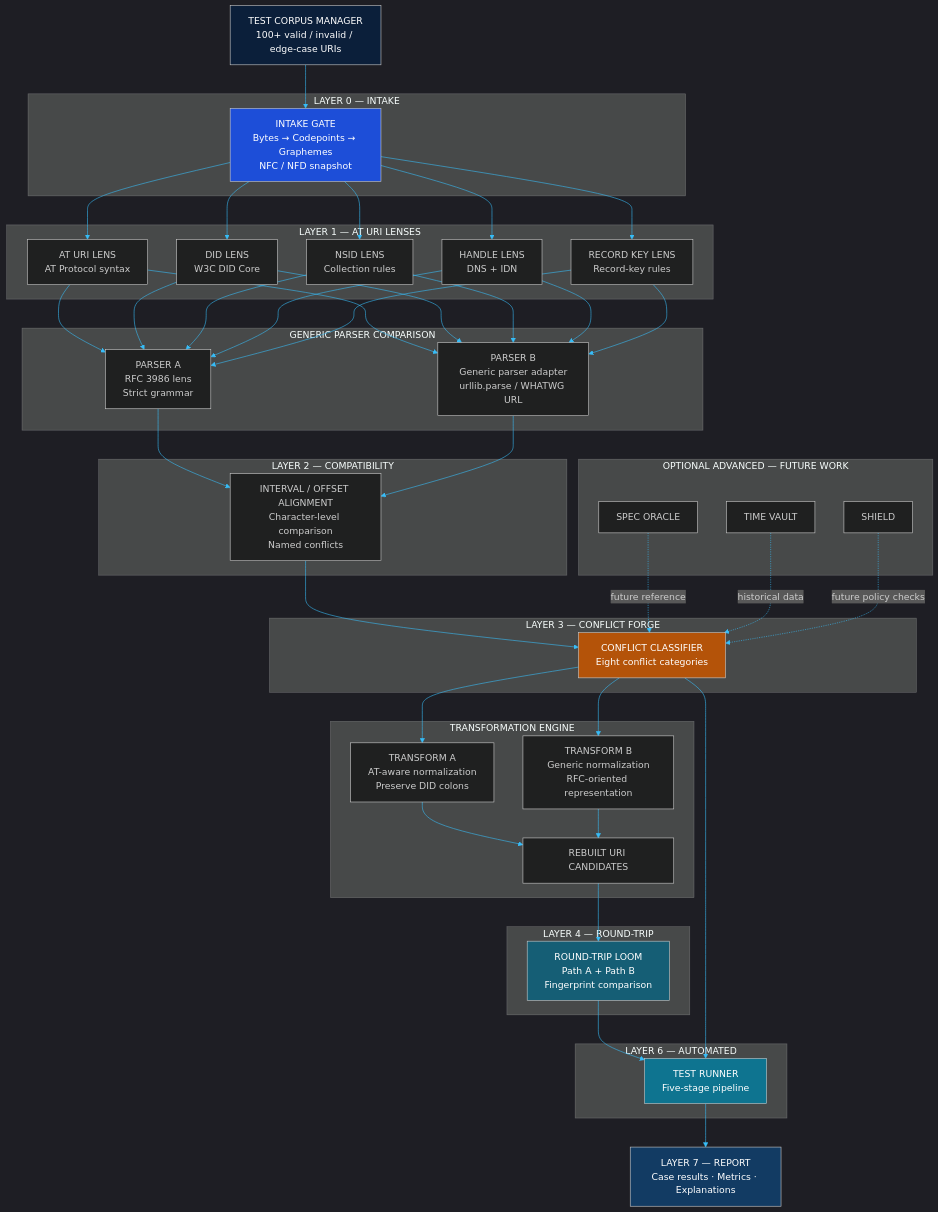
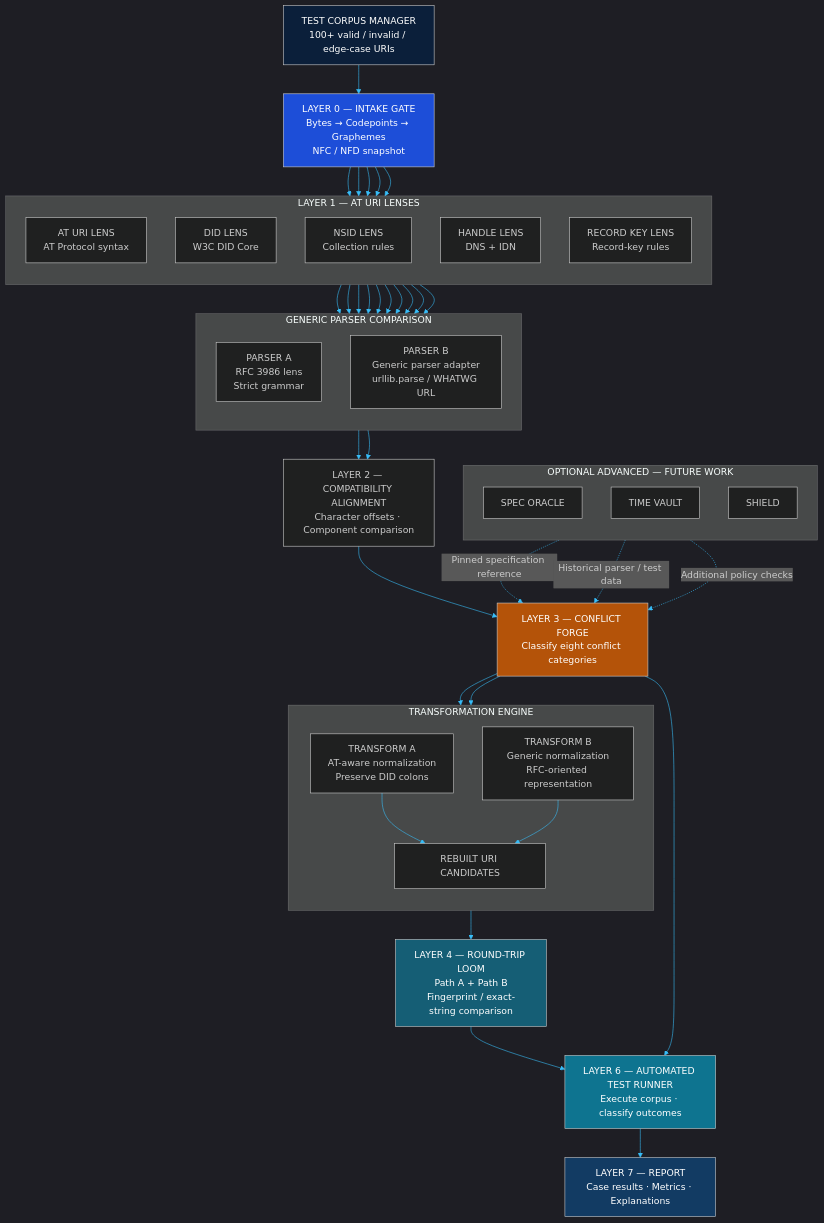
The third of 15 diagrams in README.md (aiori-hackathon/A3-PS026-TC073), drawn with Mermaid before and after one commit. The commit also changed other lines of this file, not shown here.

````diff
--- a/README.md
+++ b/README.md
@@ -429,88 +429,74 @@
 %%{init: {'theme':'dark','themeVariables': {'darkMode': true,'background':'#07111F','primaryColor':'#102A43','primaryTextColor':'#E6F6FF','primaryBorderColor':'#22D3EE','lineColor':'#38BDF8','secondaryColor':'#0B2238','tertiaryColor':'#123B63','fontFamily':'ui-monospace, SFMono-Regular, Consolas, monospace'}}}%%
 flowchart TB
     IN["TEST CORPUS MANAGER<br/>100+ valid / invalid / edge-case URIs"]
-
-    subgraph L0["LAYER 0 — INTAKE"]
-      GATE["INTAKE GATE<br/>Bytes → Codepoints → Graphemes<br/>NFC / NFD snapshot"]
-    end
+    GATE["LAYER 0 — INTAKE GATE<br/>Bytes → Codepoints → Graphemes<br/>NFC / NFD snapshot"]
+    IN --> GATE
 
     subgraph L1["LAYER 1 — AT URI LENSES"]
+      direction TB
       URI["AT URI LENS<br/>AT Protocol syntax"]
       DID["DID LENS<br/>W3C DID Core"]
       NSID["NSID LENS<br/>Collection rules"]
       HANDLE["HANDLE LENS<br/>DNS + IDN"]
       RKEY["RECORD KEY LENS<br/>Record-key rules"]
     end
+    GATE --> URI
+    GATE --> DID
+    GATE --> NSID
+    GATE --> HANDLE
+    GATE --> RKEY
 
     subgraph GP["GENERIC PARSER COMPARISON"]
+      direction TB
       PA["PARSER A<br/>RFC 3986 lens<br/>Strict grammar"]
       PB["PARSER B<br/>Generic parser adapter<br/>urllib.parse / WHATWG URL"]
     end
+    URI --> PA
+    DID --> PA
+    NSID --> PA
+    HANDLE --> PA
+    RKEY --> PA
+    URI --> PB
+    DID --> PB
+    NSID --> PB
+    HANDLE --> PB
+    RKEY --> PB
 
-    subgraph L2["LAYER 2 — COMPATIBILITY"]
-      ALIGN["INTERVAL / OFFSET ALIGNMENT<br/>Character-level comparison<br/>Named conflicts"]
-    end
-
-    subgraph L3["LAYER 3 — CONFLICT FORGE"]
-      CF["CONFLICT CLASSIFIER<br/>Eight conflict categories"]
-    end
+    ALIGN["LAYER 2 — COMPATIBILITY ALIGNMENT<br/>Character offsets · Component comparison"]
+    PA --> ALIGN
+    PB --> ALIGN
+    CF["LAYER 3 — CONFLICT FORGE<br/>Classify eight conflict categories"]
+    ALIGN --> CF
 
     subgraph TE["TRANSFORMATION ENGINE"]
+      direction TB
       TA["TRANSFORM A<br/>AT-aware normalization<br/>Preserve DID colons"]
       TB["TRANSFORM B<br/>Generic normalization<br/>RFC-oriented representation"]
       REBUILD["REBUILT URI CANDIDATES"]
       TA --> REBUILD
       TB --> REBUILD
     end
+    CF --> TA
+    CF --> TB
 
-    subgraph L4["LAYER 4 — ROUND-TRIP"]
-      RT["ROUND-TRIP LOOM<br/>Path A + Path B<br/>Fingerprint comparison"]
-    end
-
-    subgraph L6["LAYER 6 — AUTOMATED"]
-      RUN["TEST RUNNER<br/>Five-stage pipeline"]
-    end
+    RT["LAYER 4 — ROUND-TRIP LOOM<br/>Path A + Path B<br/>Fingerprint / exact-string comparison"]
+    REBUILD --> RT
+    RUN["LAYER 6 — AUTOMATED TEST RUNNER<br/>Execute corpus · classify outcomes"]
+    RT --> RUN
+    CF --> RUN
 
     subgraph FUTURE["OPTIONAL ADVANCED — FUTURE WORK"]
+      direction TB
       ORACLE["SPEC ORACLE"]
       VAULT["TIME VAULT"]
       SHIELD["SHIELD"]
     end
+    ORACLE -. "Pinned specification reference" .-> CF
+    VAULT -. "Historical parser / test data" .-> CF
+    SHIELD -. "Additional policy checks" .-> CF
 
     REPORT["LAYER 7 — REPORT<br/>Case results · Metrics · Explanations"]
-
-    IN --> GATE
-    GATE --> URI
-    GATE --> DID
-    GATE --> NSID
-    GATE --> HANDLE
-    GATE --> RKEY
-
-    URI --> PA
-    DID --> PA
-    NSID --> PA
-    HANDLE --> PA
-    RKEY --> PA
-
-    URI --> PB
-    DID --> PB
-    NSID --> PB
-    HANDLE --> PB
-    RKEY --> PB
-
-    PA --> ALIGN
-    PB --> ALIGN
-    ALIGN --> CF
-    CF --> TA
-    CF --> TB
-    REBUILD --> RT
-    RT --> RUN
-    CF --> RUN
     RUN --> REPORT
-
-    ORACLE -. future reference .-> CF
-    VAULT -. historical data .-> CF
-    SHIELD -. future policy checks .-> CF
 
     style IN fill:#0B1F3A,color:#fff
     style GATE fill:#1D4ED8,color:#fff
@@ -518,4 +504,5 @@
     style RT fill:#155E75,color:#fff
     style RUN fill:#0E7490,color:#fff
     style REPORT fill:#123B63,color:#fff
+
 ```
````
